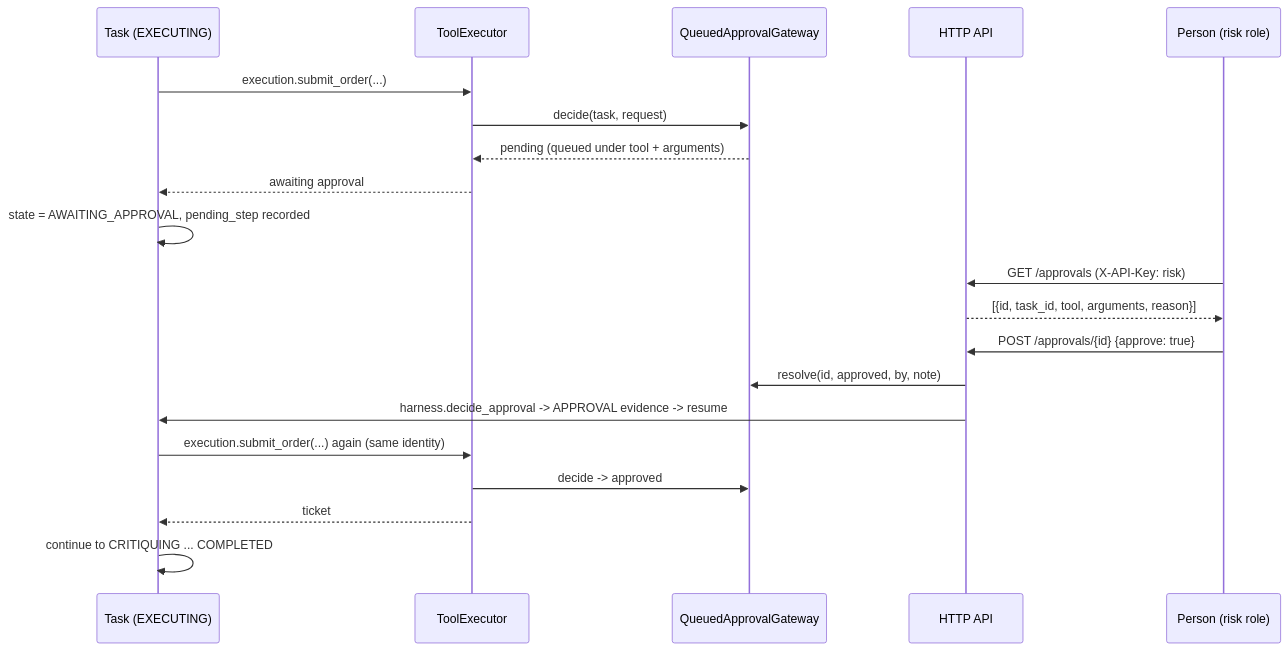
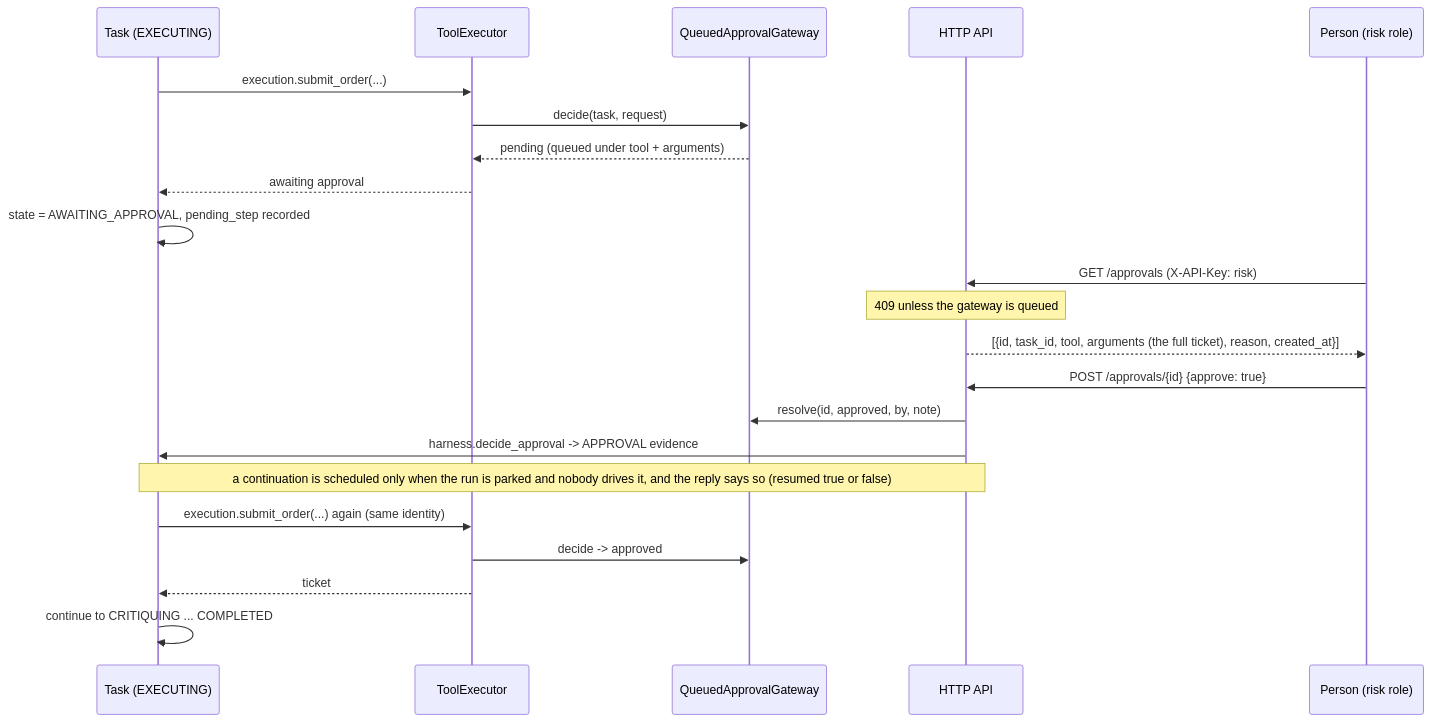
One commit to AshJha0/agentic-trader changed diagram 12 of 30 in docs/DIAGRAMS.md. Above: the diagram before and after it, drawn with Mermaid. The commit also changed other lines of this file and 112 other files, not shown here.

````diff
--- a/docs/DIAGRAMS.md
+++ b/docs/DIAGRAMS.md
@@ -372,22 +380,24 @@
 ```mermaid
 sequenceDiagram
     participant T as Task (EXECUTING)
     participant EX as ToolExecutor
     participant Q as QueuedApprovalGateway
     participant API as HTTP API
     participant P as Person (risk role)
     T->>EX: execution.submit_order(...)
     EX->>Q: decide(task, request)
     Q-->>EX: pending (queued under tool + arguments)
     EX-->>T: awaiting approval
     T->>T: state = AWAITING_APPROVAL, pending_step recorded
     P->>API: GET /approvals (X-API-Key: risk)
-    API-->>P: [{id, task_id, tool, arguments, reason}]
+    Note over API: 409 unless the gateway is queued
+    API-->>P: [{id, task_id, tool, arguments (the full ticket), reason, created_at}]
     P->>API: POST /approvals/{id} {approve: true}
     API->>Q: resolve(id, approved, by, note)
-    API->>T: harness.decide_approval -> APPROVAL evidence -> resume
+    API->>T: harness.decide_approval -> APPROVAL evidence
+    Note over API,T: a continuation is scheduled only when the run is parked and nobody drives it, and the reply says so (resumed true or false)
     T->>EX: execution.submit_order(...) again (same identity)
     EX->>Q: decide -> approved
     EX-->>T: ticket
     T->>T: continue to CRITIQUING ... COMPLETED
 ```
````
